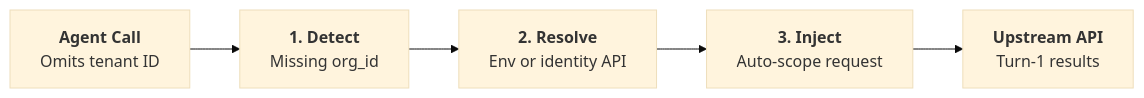
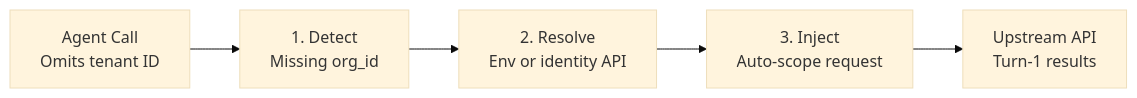
One commit to BraveRam/postmcp changed the diagram in packages/studio/content/docs/multi-tenant/index.mdx. Above: the diagram before and after it, drawn with Mermaid (base theme). The commit also changed other lines of this file and 12 other files, not shown here.

Commit message:
docs(mermaid): fix edge statement grammar and scrub obsolete preset references across documentation

````diff
--- a/packages/studio/content/docs/multi-tenant/index.mdx
+++ b/packages/studio/content/docs/multi-tenant/index.mdx
@@ -26,8 +26,7 @@
 ```mermaid
 flowchart LR
-  Call["<b>Agent Call</b><br/>Omits tenant ID"]
-  --> Detect["<b>1. Detect</b><br/>Missing org_id"]
-  --> Resolve["<b>2. Resolve</b><br/>Env or identity API"]
-  --> Inject["<b>3. Inject</b><br/>Auto-scope request"]
-  --> API["<b>Upstream API</b><br/>Turn-1 results"]
+  Call["Agent Call<br/>Omits tenant ID"] --> Detect["1. Detect<br/>Missing org_id"]
+  Detect --> Resolve["2. Resolve<br/>Env or identity API"]
+  Resolve --> Inject["3. Inject<br/>Auto-scope request"]
+  Inject --> API["Upstream API<br/>Turn-1 results"]
 ```
````
